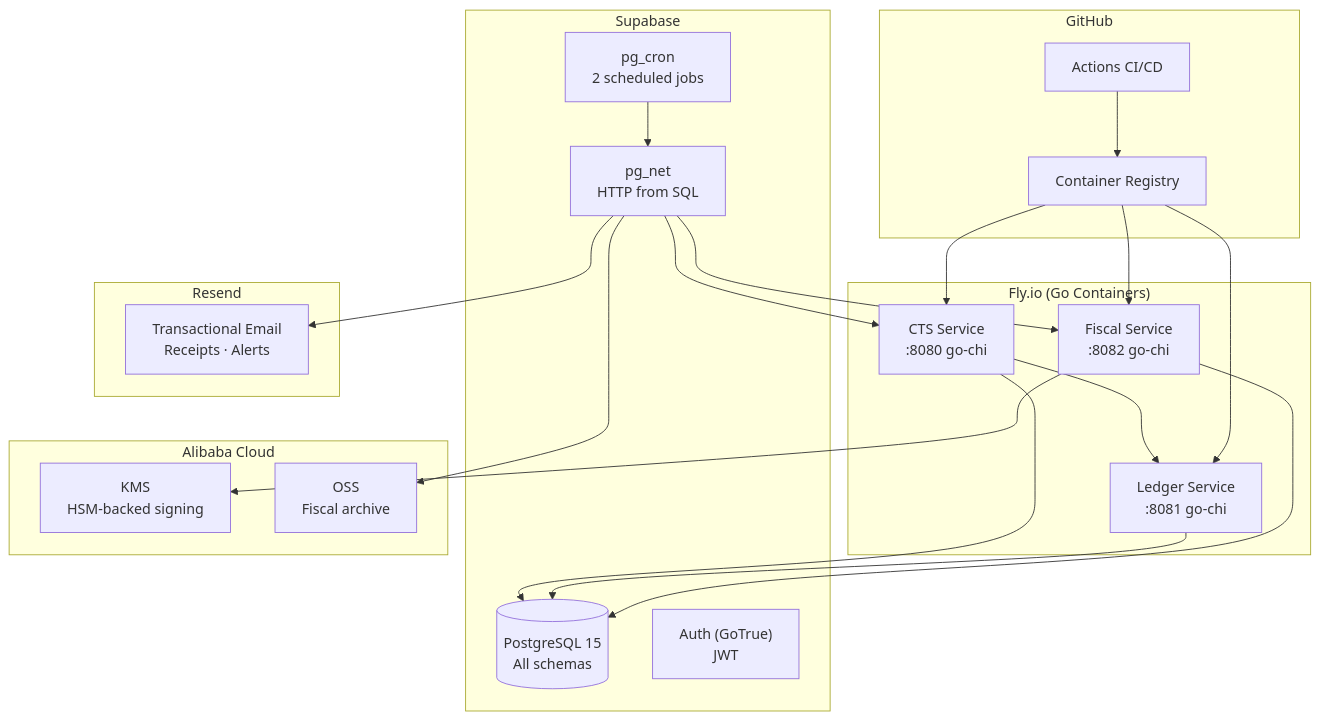
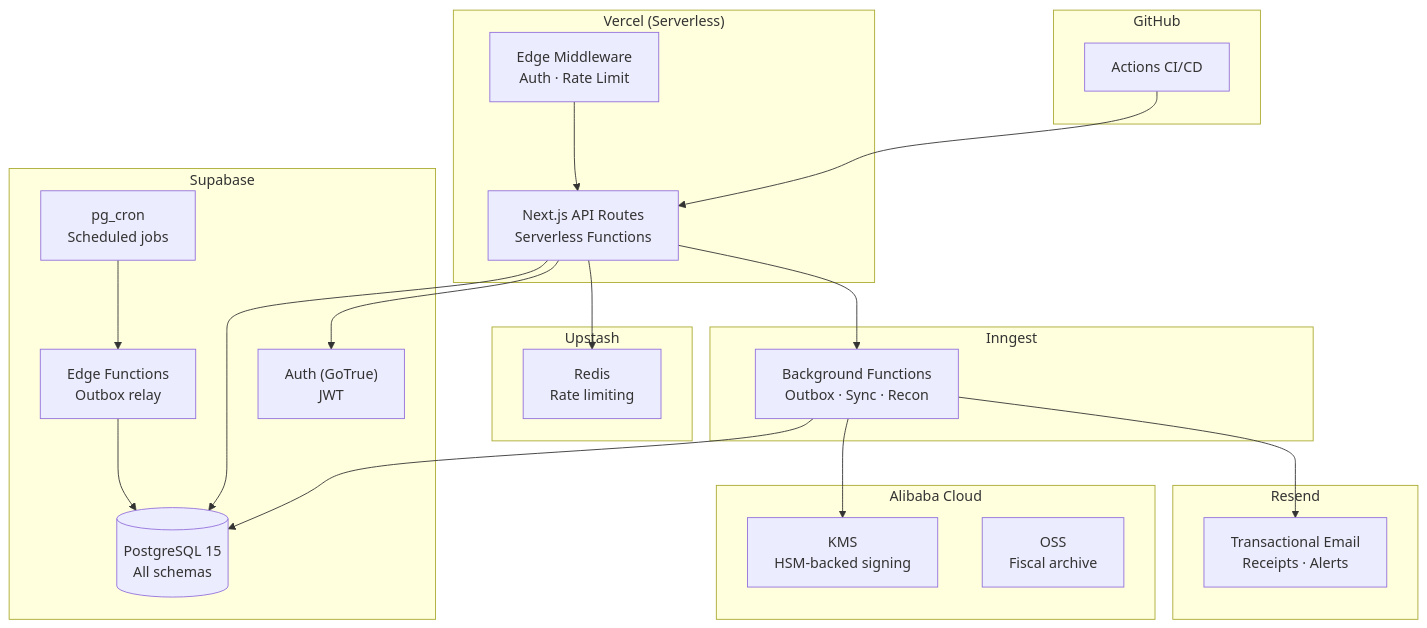
One commit to stalela/stalela-docs changed the first of 4 diagrams in docs/60-infra/free-stack.md. Above: the diagram before and after it, drawn with Mermaid. The commit also changed other lines of this file, not shown here.

First line of the commit message:
docs(ts-migration): TS-055 update free-stack for TS/Vercel

````diff
--- a/docs/60-infra/free-stack.md
+++ b/docs/60-infra/free-stack.md
@@ -19,39 +21,47 @@
 ```mermaid
 graph TB
-    subgraph "Fly.io (Go Containers)"
-        CTS["CTS Service<br/>:8080 go-chi"]
-        LEDGER["Ledger Service<br/>:8081 go-chi"]
-        FISCAL["Fiscal Service<br/>:8082 go-chi"]
+    subgraph "Vercel (Serverless)"
+        API["Next.js API Routes<br/>Serverless Functions"]
+        MW["Edge Middleware<br/>Auth · Rate Limit"]
     end
 
     subgraph "Supabase"
         DB[("PostgreSQL 15<br/>All schemas")]
         AUTH["Auth (GoTrue)<br/>JWT"]
-        CRON["pg_cron<br/>2 scheduled jobs"]
-        PGNET["pg_net<br/>HTTP from SQL"]
+        CRON["pg_cron<br/>Scheduled jobs"]
+        EDGE["Edge Functions<br/>Outbox relay"]
+    end
+
+    subgraph "Inngest"
+        BG["Background Functions<br/>Outbox · Sync · Recon"]
+    end
+
+    subgraph "Upstash"
+        REDIS["Redis<br/>Rate limiting"]
     end
 
     subgraph "Alibaba Cloud"
         KMS["KMS<br/>HSM-backed signing"]
         OSS["OSS<br/>Fiscal archive"]
     end
 
     subgraph "Resend"
         EMAIL["Transactional Email<br/>Receipts · Alerts"]
     end
 
     subgraph "GitHub"
         GHA["Actions CI/CD"]
-        GHCR["Container Registry"]
     end
 
-    CTS --> DB
-    LEDGER --> DB
-    FISCAL --> DB
-    FISCAL --> KMS
-    CTS --> LEDGER
-    CRON --> PGNET
-    PGNET --> CTS & FISCAL & OSS & EMAIL
-    GHA --> GHCR
-    GHCR --> CTS & LEDGER & FISCAL
+    MW --> API
+    API --> DB
+    API --> AUTH
+    API --> REDIS
+    API --> BG
+    EDGE --> DB
+    BG --> DB
+    BG --> KMS
+    BG --> EMAIL
+    CRON --> EDGE
+    GHA --> API
 ```
````
